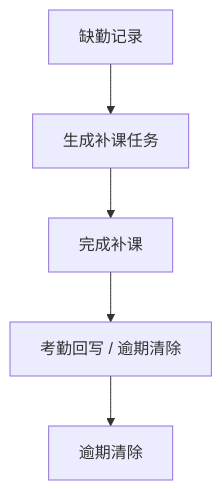
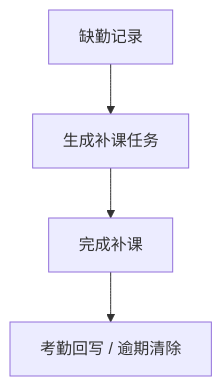
The sixth of 8 diagrams in content/03_doc_system/FUNCTION_MAP.md (czhgo/GSM1921-SOP), drawn with Mermaid before and after one commit. The commit also changed other lines of this file and 2 other files, not shown here.

Commit message:
fix(map): 补课链路去除冗余终点节点 + 功能地图图例文案对齐实际产物

````diff
--- a/content/03_doc_system/FUNCTION_MAP.md
+++ b/content/03_doc_system/FUNCTION_MAP.md
@@ -108,7 +108,6 @@
 ```mermaid
 flowchart TD
 A[缺勤记录] --> B[生成补课任务]
 B --> C[完成补课]
 C --> D[考勤回写 / 逾期清除]
-D --> E[逾期清除]
 ```
````
